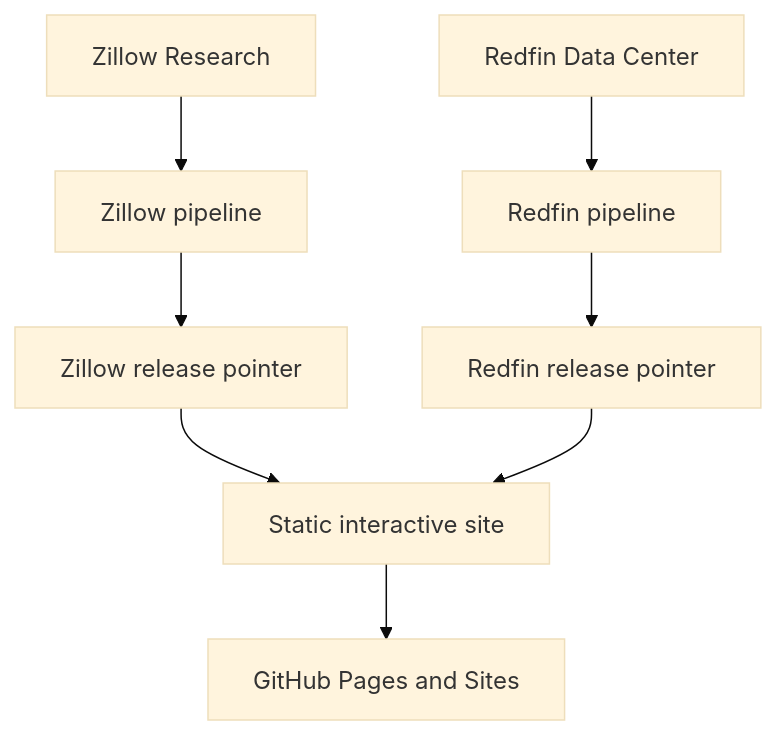
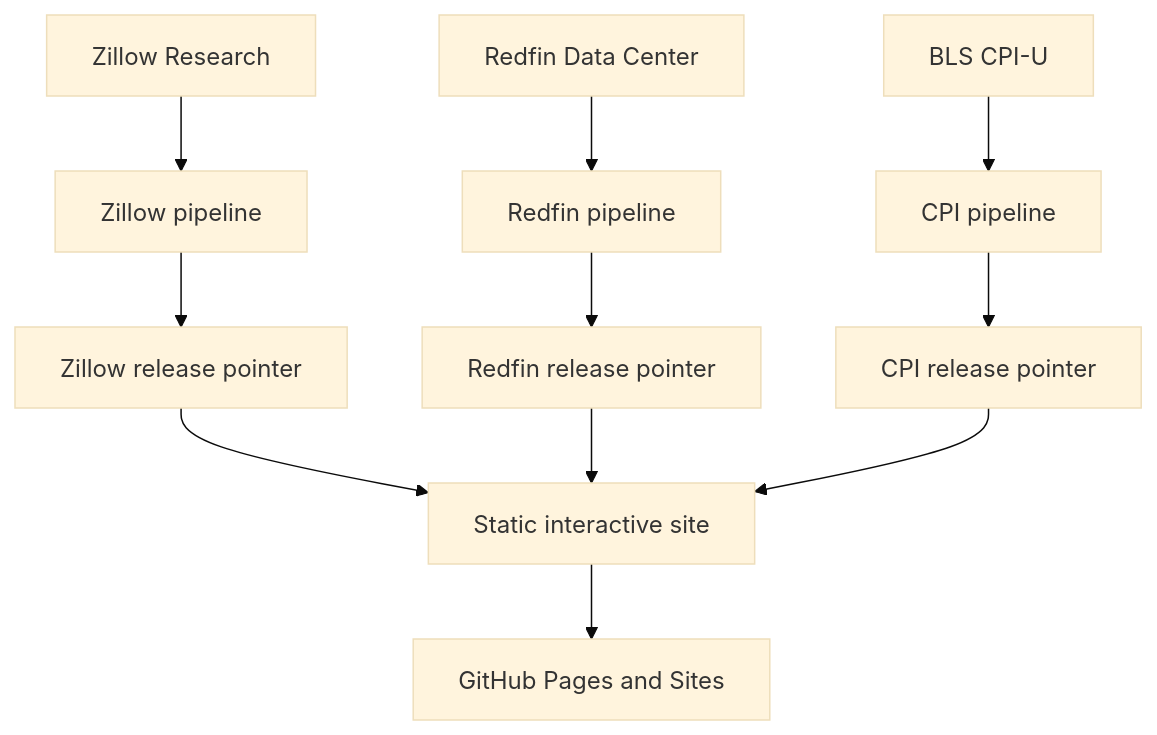
Before and after one commit to desenlin/housing-market-lab: the diagram in README.md, drawn with Mermaid (base theme). The commit also changed other lines of this file and 13 other files, not shown here.

````diff
--- a/README.md
+++ b/README.md
@@ -39,10 +42,13 @@
 ```mermaid
 flowchart TD
   A[Zillow Research] --> C[Zillow pipeline]
   B[Redfin Data Center] --> D[Redfin pipeline]
+  I[BLS CPI-U] --> J[CPI pipeline]
   C --> E[Zillow release pointer]
   D --> F[Redfin release pointer]
+  J --> K[CPI release pointer]
   E --> G[Static interactive site]
   F --> G
+  K --> G
   G --> H[GitHub Pages and Sites]
 ```
````
